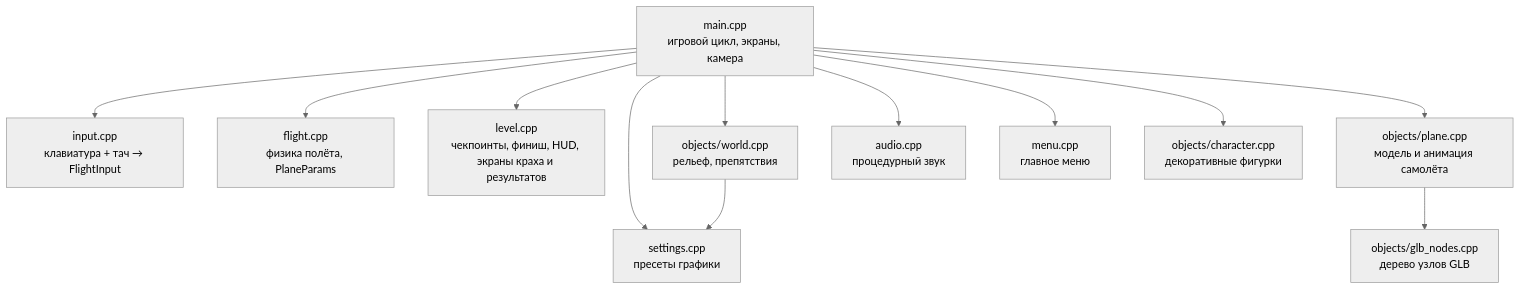
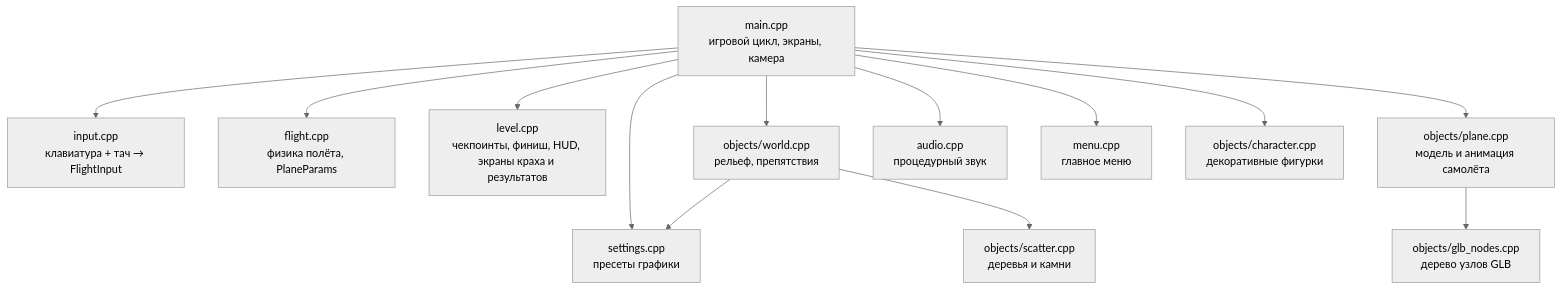
The first of 2 diagrams in docs/ARCHITECTURE.md (maratnek/claude-try-first), drawn with Mermaid (neutral theme) before and after one commit. The commit also changed other lines of this file and 9 other files, not shown here.

First line of the commit message:
B1: scattered trees and rocks beyond the flight corridor, density per graphics preset

````diff
--- a/docs/ARCHITECTURE.md
+++ b/docs/ARCHITECTURE.md
@@ -10,26 +10,28 @@
 ```mermaid
 flowchart TD
     main["main.cpp<br/>игровой цикл, экраны, камера"]
     input["input.cpp<br/>клавиатура + тач → FlightInput"]
     flight["flight.cpp<br/>физика полёта, PlaneParams"]
     level["level.cpp<br/>чекпоинты, финиш, HUD, экраны краха и результатов"]
     world["objects/world.cpp<br/>рельеф, препятствия"]
     plane["objects/plane.cpp<br/>модель и анимация самолёта"]
     glb["objects/glb_nodes.cpp<br/>дерево узлов GLB"]
     audio["audio.cpp<br/>процедурный звук"]
     menu["menu.cpp<br/>главное меню"]
     settings["settings.cpp<br/>пресеты графики"]
     character["objects/character.cpp<br/>декоративные фигурки"]
+    scatter["objects/scatter.cpp<br/>деревья и камни"]
 
     main --> input
     main --> flight
     main --> level
     main --> world
     main --> plane
     main --> audio
     main --> menu
     main --> settings
     main --> character
     plane --> glb
     world --> settings
+    world --> scatter
 ```
````
